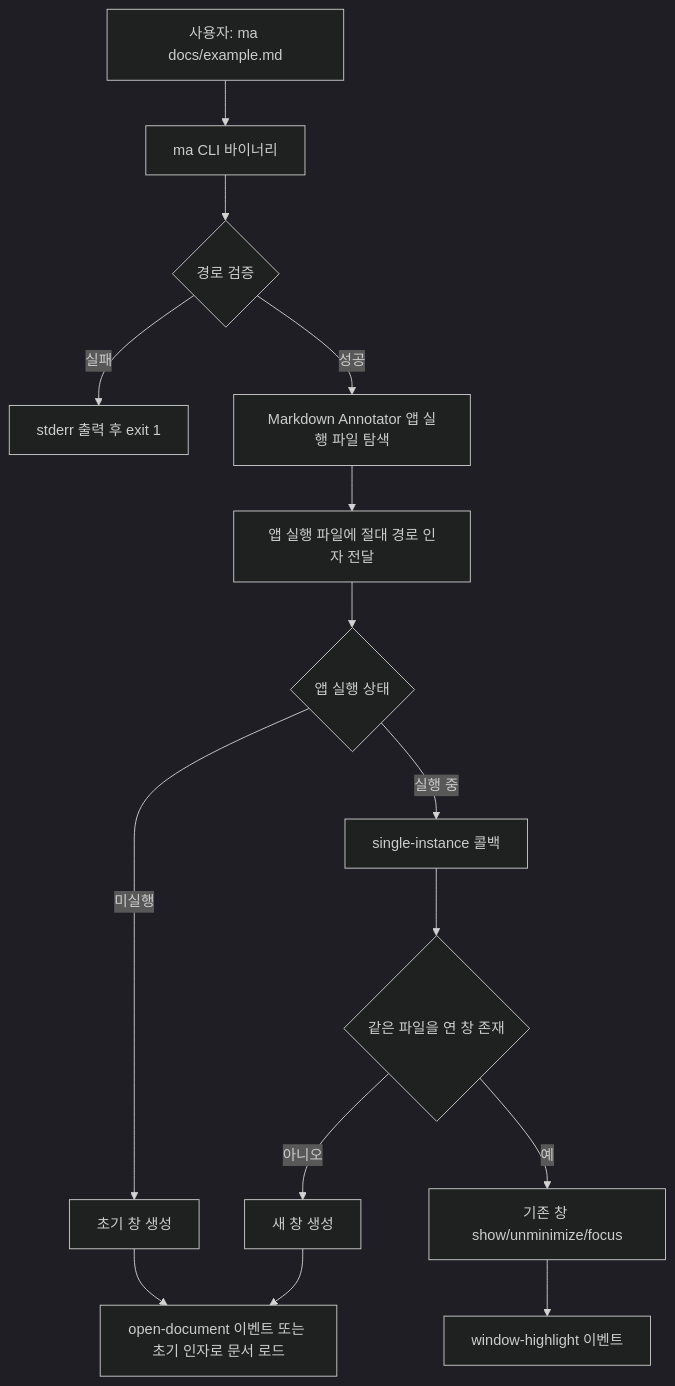
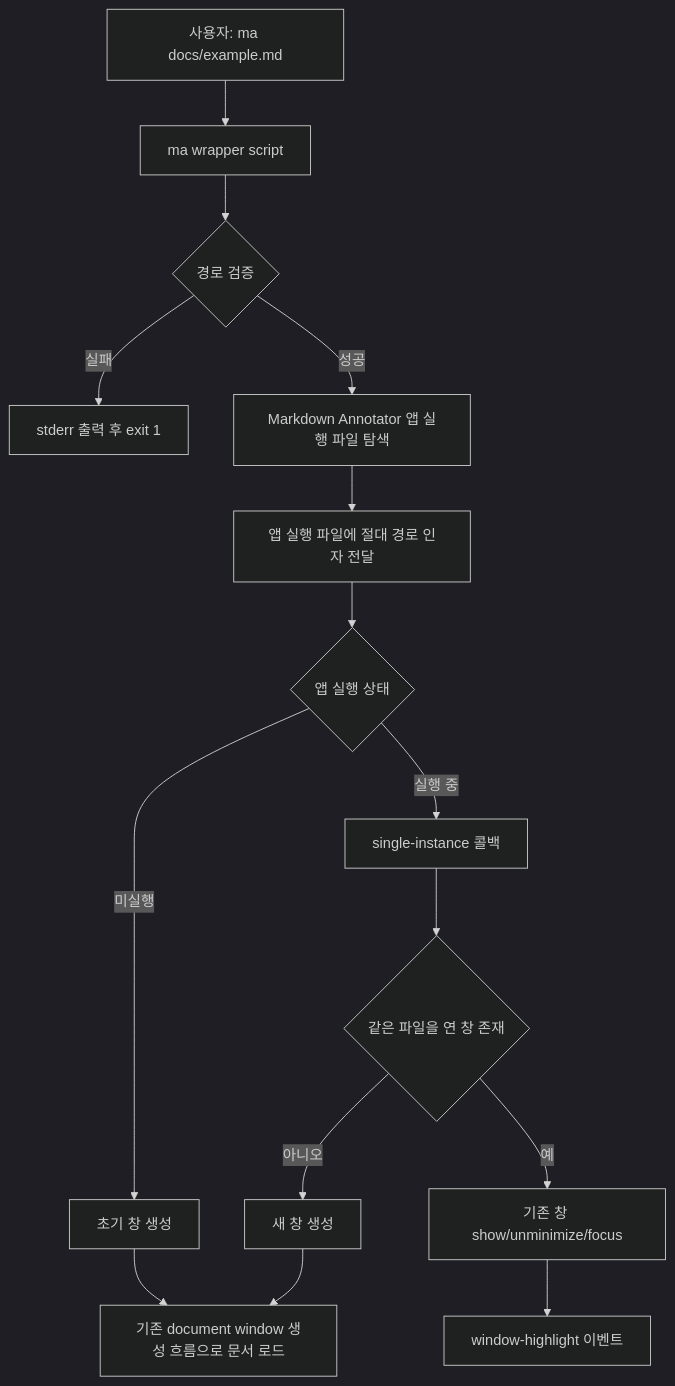
Before and after one commit to yoophi/markdown-annotator: the first of 4 diagrams in docs/cli-open-markdown-plan.md, drawn with Mermaid (dark theme). The commit also changed other lines of this file and 11 other files, not shown here.

````diff
--- a/docs/cli-open-markdown-plan.md
+++ b/docs/cli-open-markdown-plan.md
@@ -32,17 +32,17 @@
 ```mermaid
 flowchart TD
-    A["사용자: ma docs/example.md"] --> B["ma CLI 바이너리"]
+    A["사용자: ma docs/example.md"] --> B["ma wrapper script"]
     B --> C{"경로 검증"}
     C -- "실패" --> D["stderr 출력 후 exit 1"]
     C -- "성공" --> E["Markdown Annotator 앱 실행 파일 탐색"]
     E --> F["앱 실행 파일에 절대 경로 인자 전달"]
     F --> G{"앱 실행 상태"}
     G -- "미실행" --> H["초기 창 생성"]
     G -- "실행 중" --> I["single-instance 콜백"]
-    H --> J["open-document 이벤트 또는 초기 인자로 문서 로드"]
+    H --> J["기존 document window 생성 흐름으로 문서 로드"]
     I --> K{"같은 파일을 연 창 존재"}
     K -- "예" --> L["기존 창 show/unminimize/focus"]
     L --> M["window-highlight 이벤트"]
     K -- "아니오" --> N["새 창 생성"]
     N --> J
 ```
````
